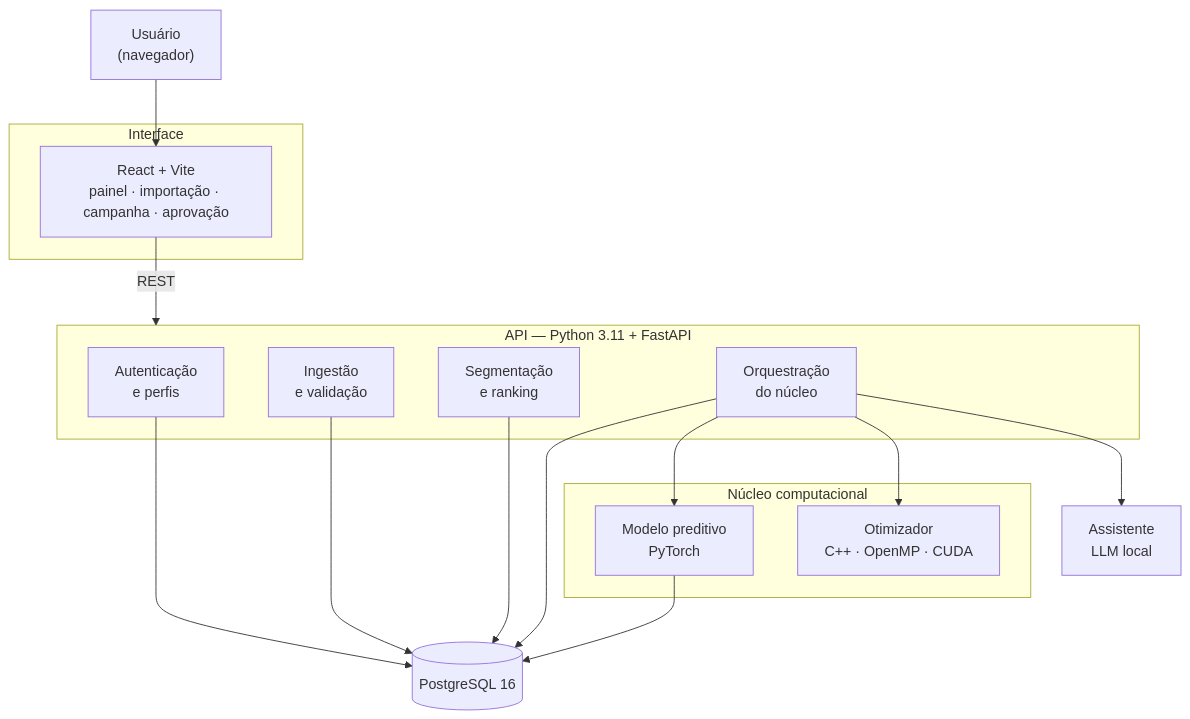
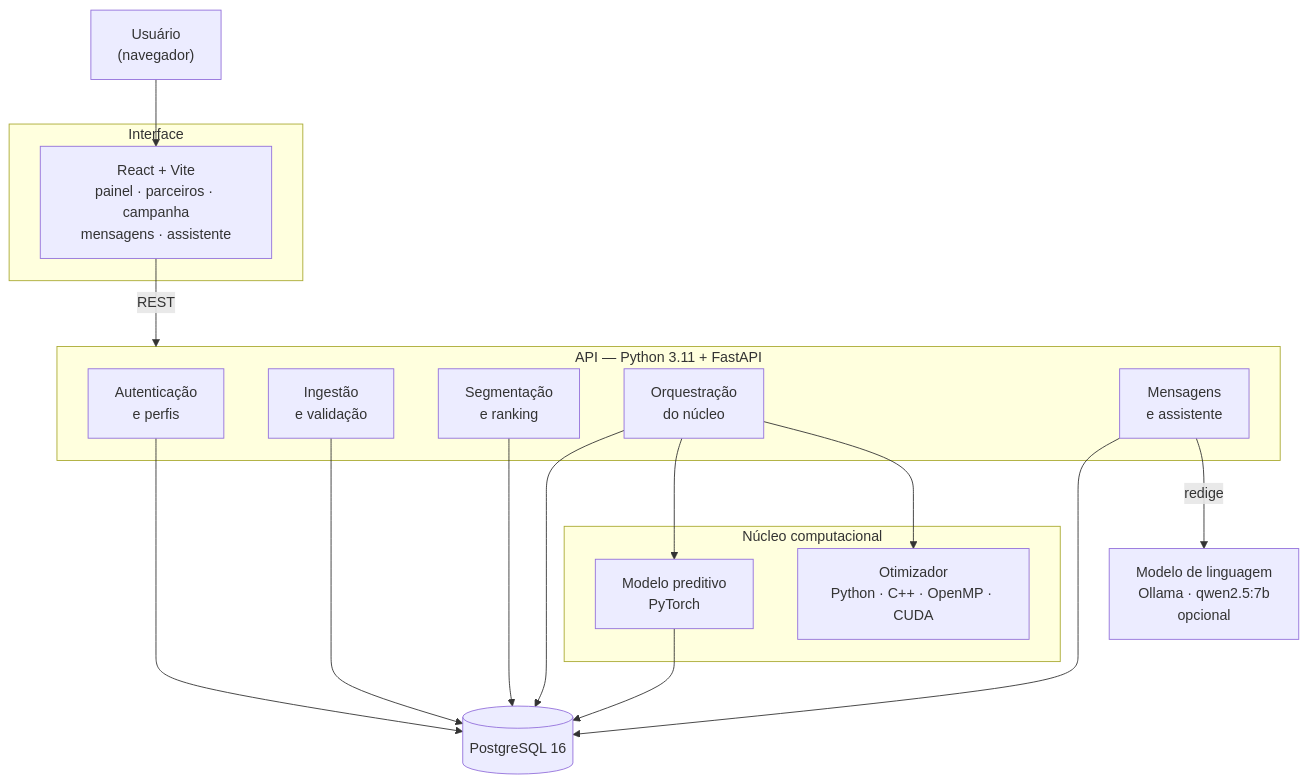
The diagram in docs/07-arquitetura-preliminar.md (PedroMiranda243/gih-fabrica-de-software), drawn with Mermaid before and after one commit. The commit also changed other lines of this file and 16 other files, not shown here.

First line of the commit message:
docs: a arquitetura como foi construída, e os diagramas que estavam atrás do markdown

````diff
--- a/docs/07-arquitetura-preliminar.md
+++ b/docs/07-arquitetura-preliminar.md
@@ -15,34 +16,36 @@
 ```mermaid
 flowchart TB
     U["Usuário<br/>(navegador)"]
 
     subgraph FE["Interface"]
-        R["React + Vite<br/>painel · importação · campanha · aprovação"]
+        R["React + Vite<br/>painel · parceiros · campanha<br/>mensagens · assistente"]
     end
 
     subgraph API["API — Python 3.11 + FastAPI"]
         AUTH["Autenticação<br/>e perfis"]
         ING["Ingestão<br/>e validação"]
         BI["Segmentação<br/>e ranking"]
         ORQ["Orquestração<br/>do núcleo"]
+        COM["Mensagens<br/>e assistente"]
     end
 
     subgraph NUC["Núcleo computacional"]
         PRED["Modelo preditivo<br/>PyTorch"]
-        OPT["Otimizador<br/>C++ · OpenMP · CUDA"]
+        OPT["Otimizador<br/>Python · C++ · OpenMP · CUDA"]
     end
 
-    ASSIST["Assistente<br/>LLM local"]
+    ASSIST["Modelo de linguagem<br/>Ollama · qwen2.5:7b<br/>opcional"]
     DB[("PostgreSQL 16")]
 
     U --> R
     R -->|REST| API
     AUTH --> DB
     ING --> DB
     BI --> DB
     ORQ --> DB
+    COM --> DB
     ORQ --> PRED
     ORQ --> OPT
-    ORQ --> ASSIST
+    COM -->|redige| ASSIST
     PRED --> DB
 ```
````
